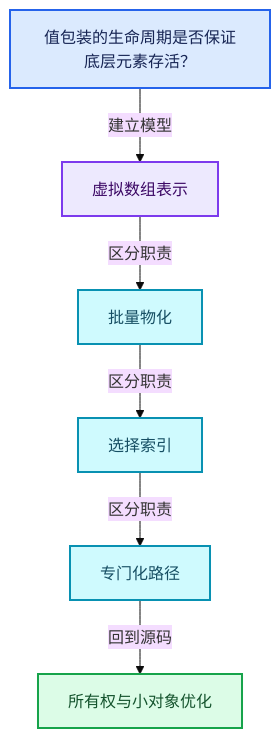
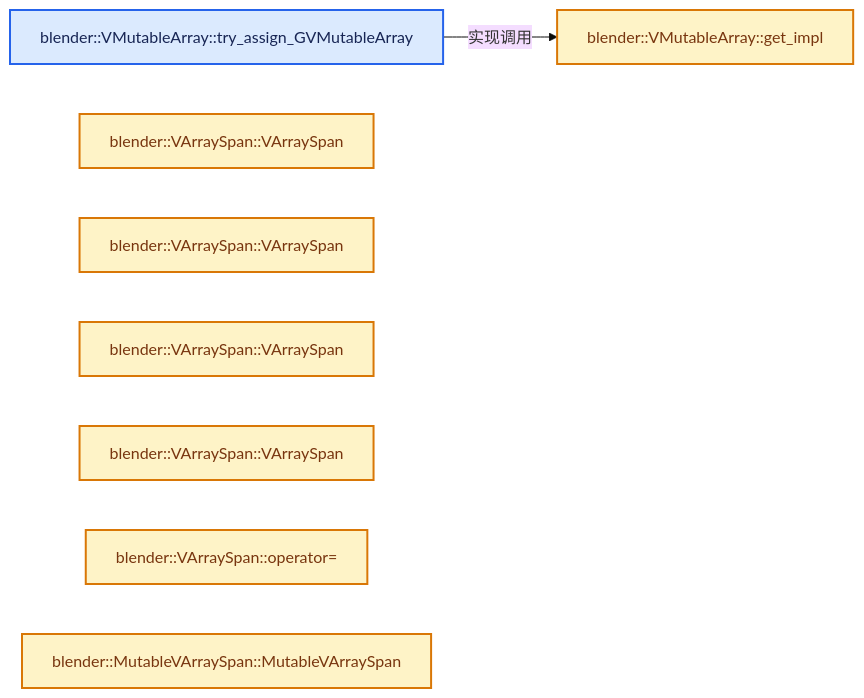
Before and after one commit to yunkezengren/blender-.vscode: the second of 4 diagrams in 杂/markdown/全面学习-codex/04-虚拟数组与索引选择/04-所有权与小对象优化.md, drawn with Mermaid (base theme). The commit also changed other lines of this file and 1930 other files, not shown here.

````diff
--- a/杂/markdown/全面学习-codex/04-虚拟数组与索引选择/04-所有权与小对象优化.md
+++ b/杂/markdown/全面学习-codex/04-虚拟数组与索引选择/04-所有权与小对象优化.md
@@ -60,20 +46,18 @@
 ```mermaid
-flowchart TB
-  Q["值包装的生命周期是否保证底层元素存活？"]:::input
-  C0["虚拟数组表示"]:::abstraction
-  C1["批量物化"]:::data
-  C2["选择索引"]:::data
-  C3["专门化路径"]:::data
-  R["所有权与小对象优化"]:::result
-  Q -->|"建立模型"| C0
-  C0 -->|"区分职责"| C1
-  C1 -->|"区分职责"| C2
-  C2 -->|"区分职责"| C3
-  C3 -->|"回到源码"| R
+flowchart LR
+  F0["blender::VMutableArray::try_assign_GVMutableArray"]:::input
+  F1["blender::VMutableArray::get_impl"]:::compute
+  F2["blender::VArraySpan::VArraySpan"]:::compute
+  F3["blender::VArraySpan::VArraySpan"]:::compute
+  F4["blender::VArraySpan::VArraySpan"]:::compute
+  F5["blender::VArraySpan::VArraySpan"]:::compute
+  F6["blender::VArraySpan::operator="]:::compute
+  F7["blender::MutableVArraySpan::MutableVArraySpan"]:::compute
+  F0 -->|"实现调用"| F1
   classDef input fill:#DBEAFE,stroke:#2563EB,color:#172554,stroke-width:2px;
   classDef data fill:#CFFAFE,stroke:#0891B2,color:#164E63,stroke-width:2px;
   classDef abstraction fill:#EDE9FE,stroke:#7C3AED,color:#3B0764,stroke-width:2px;
   classDef compute fill:#FEF3C7,stroke:#D97706,color:#78350F,stroke-width:2px;
   classDef result fill:#DCFCE7,stroke:#16A34A,color:#14532D,stroke-width:2px;
   classDef error fill:#FEE2E2,stroke:#DC2626,color:#7F1D1D,stroke-width:2px;
 ```
````
